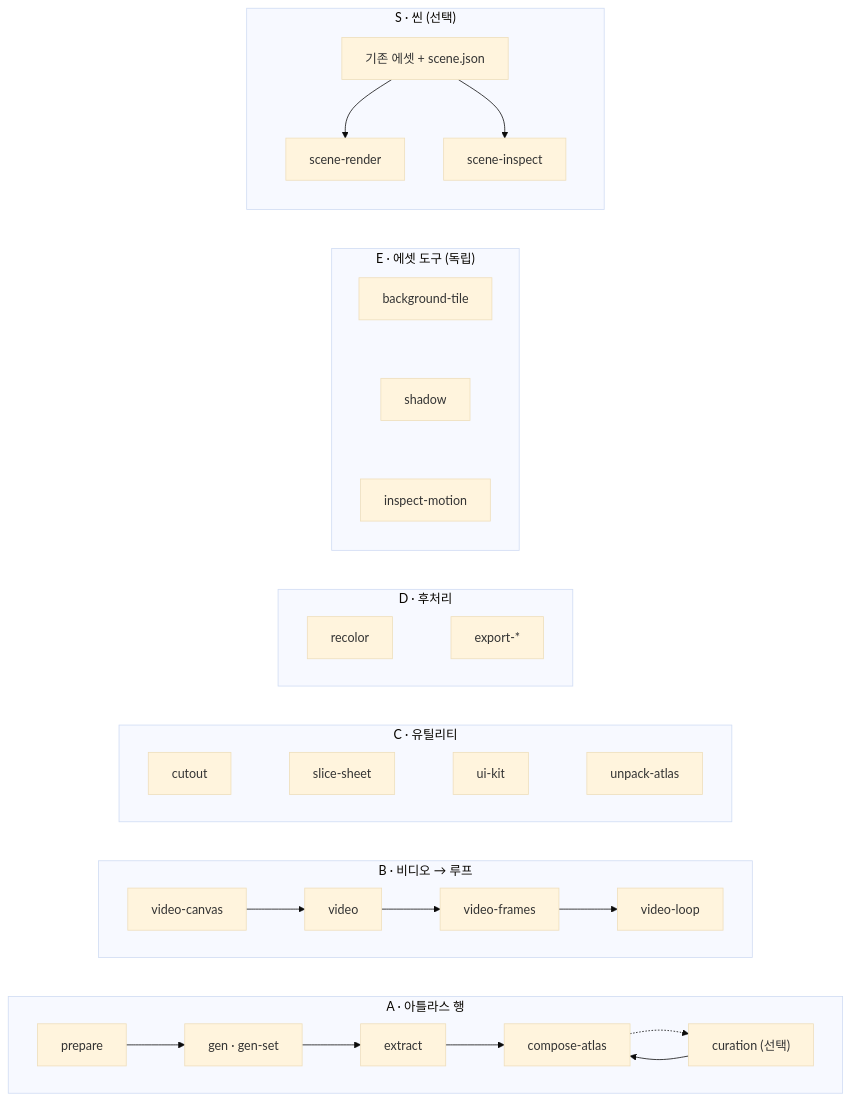
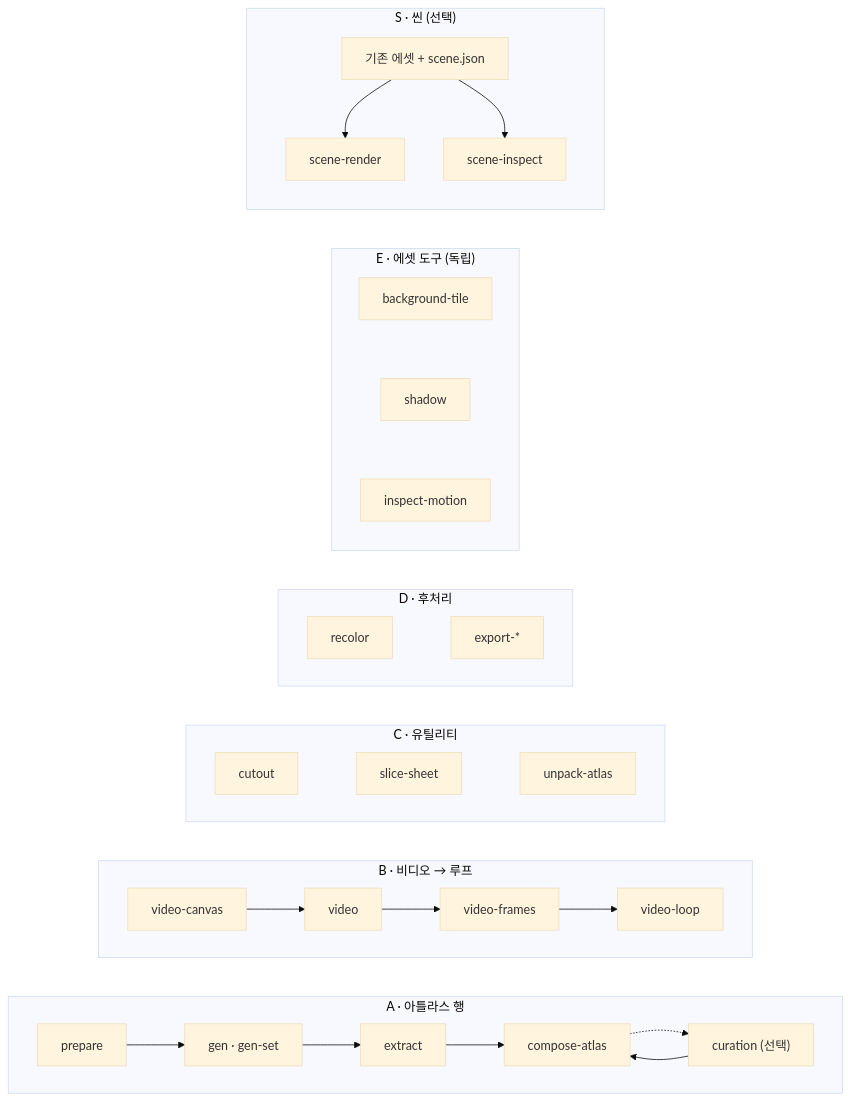
The diagram in mirrors/repos/aldegad@sprite-gen/README.ko.md (gabrielmoreira/agent-skills-mirror), drawn with Mermaid (base theme) before and after one commit. The commit also changed 4372 other files, not shown here.

````diff
--- a/mirrors/repos/aldegad@sprite-gen/README.ko.md
+++ b/mirrors/repos/aldegad@sprite-gen/README.ko.md
@@ -45,28 +45,28 @@
 ```mermaid
 flowchart LR
     subgraph A["A · 아틀라스 행"]
         direction LR
         a1[prepare] --> a2["gen · gen-set"] --> a3[extract] --> a5[compose-atlas]
         a5 -.-> a4["curation (선택)"]
         a4 --> a5
     end
     subgraph B["B · 비디오 → 루프"]
         direction LR
         b1[video-canvas] --> b2[video] --> b3[video-frames] --> b4[video-loop]
     end
     subgraph C["C · 유틸리티"]
         direction LR
-        c1[cutout] ~~~ c2[slice-sheet] ~~~ c4[ui-kit] ~~~ c3[unpack-atlas]
+        c1[cutout] ~~~ c2[slice-sheet] ~~~ c3[unpack-atlas]
     end
     subgraph D["D · 후처리"]
         direction LR
         d1[recolor] ~~~ d2[export-*]
     end
     subgraph E["E · 에셋 도구 (독립)"]
         e1[background-tile] ~~~ e2[shadow] ~~~ e3[inspect-motion]
     end
     subgraph S["S · 씬 (선택)"]
         s1["기존 에셋 + scene.json"] --> s2[scene-render]
         s1 --> s3[scene-inspect]
     end
 ```
````
